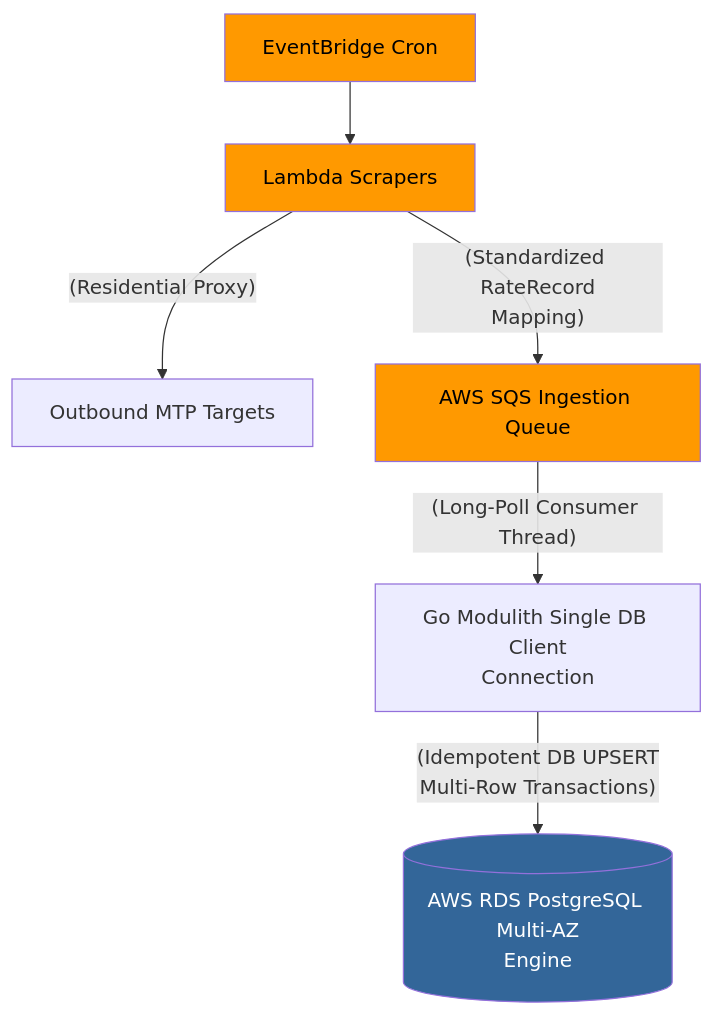
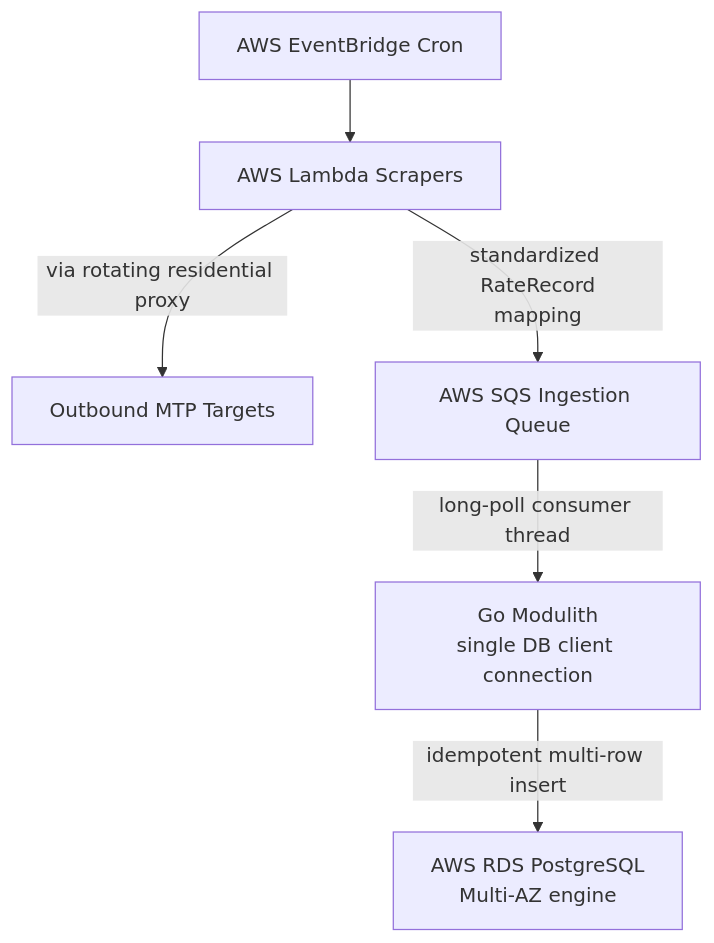
Before and after one commit to SegunAdewola/remit-track: the second of 2 diagrams in docs/design.md, drawn with Mermaid. The commit also changed other lines of this file and 3 other files, not shown here.

````diff
--- a/docs/design.md
+++ b/docs/design.md
@@ -102,14 +93,8 @@
 ```mermaid
 flowchart TD
-    Cron["EventBridge Cron"] --> Lambda["Lambda Scrapers"]
-    Lambda -->|"(Residential Proxy)"| MTP["Outbound MTP Targets"]
-    
-    Lambda -->|"(Standardized RateRecord<br/>Mapping)"| SQS["AWS SQS Ingestion Queue"]
-    SQS -->|"(Long-Poll Consumer Thread)"| GoMod["Go Modulith Single DB Client<br/>Connection"]
-    GoMod -->|"(Idempotent DB UPSERT<br/>Multi-Row Transactions)"| RDS_Engine[("AWS RDS PostgreSQL Multi-AZ<br/>Engine")]
-    
-    style Cron fill:#ff9900,color:#000
-    style Lambda fill:#ff9900,color:#000
-    style SQS fill:#ff9900,color:#000
-    style RDS_Engine fill:#336699,color:#fff
+    Cron["AWS EventBridge Cron"] --> Lam["AWS Lambda Scrapers"]
+    Lam -->|via rotating residential proxy| MTP["Outbound MTP Targets"]
+    Lam -->|standardized RateRecord<br/>mapping| SQS["AWS SQS Ingestion Queue"]
+    SQS -->|long-poll consumer thread| Mod["Go Modulith<br/>single DB client connection"]
+    Mod -->|idempotent multi-row insert| RDS["AWS RDS PostgreSQL<br/>Multi-AZ engine"]
 ```
````
